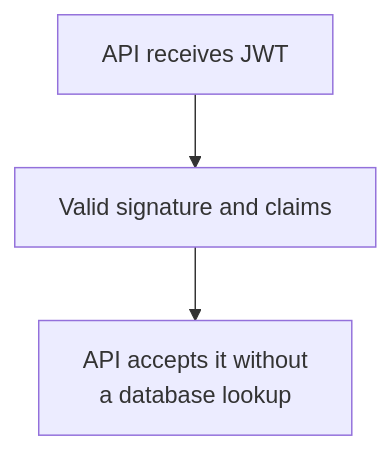
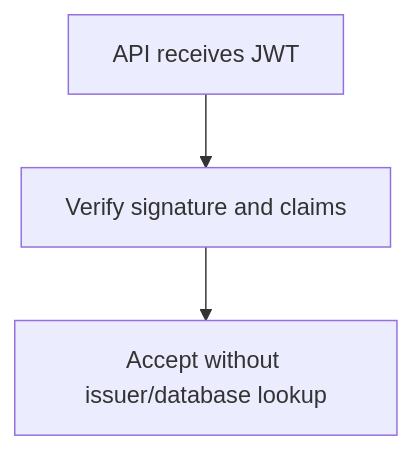
The third of 6 diagrams in src/content/security/jwt-pitfalls.md (AvadhBhalodiya/Interview-Preparation), drawn with Mermaid before and after one commit. The commit also changed other lines of this file and 54 other files, not shown here.

````diff
--- a/src/content/security/jwt-pitfalls.md
+++ b/src/content/security/jwt-pitfalls.md
@@ -459,5 +342,5 @@
 ```mermaid
 flowchart TD
-    A[API receives JWT] --> B[Valid signature and claims]
-    B --> C[API accepts it without<br/>a database lookup]
+    A[API receives JWT] --> B[Verify signature and claims]
+    B --> C[Accept without issuer/database lookup]
 ```
````
